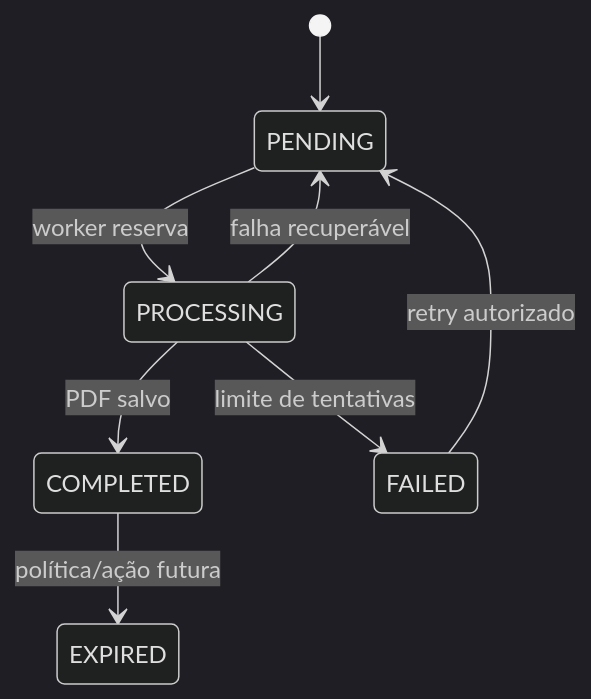
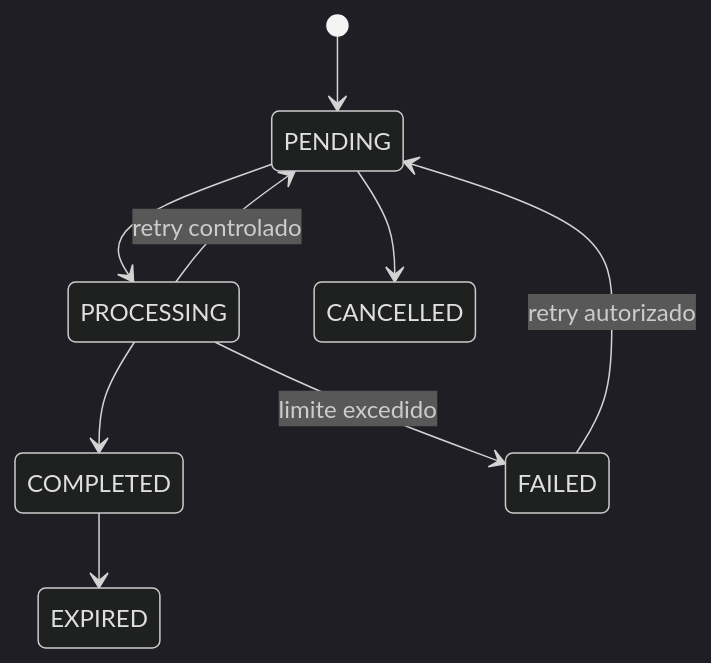
The second of 2 diagrams in docs/02-arquitetura/filas-e-processamento-assincrono.md (FlavioProgramador/EloTerapeutico), drawn with Mermaid (dark theme) before and after one commit. The commit also changed other lines of this file, not shown here.

````diff
--- a/docs/02-arquitetura/filas-e-processamento-assincrono.md
+++ b/docs/02-arquitetura/filas-e-processamento-assincrono.md
@@ -17,10 +46,11 @@
 ```mermaid
 stateDiagram-v2
     [*] --> PENDING
-    PENDING --> PROCESSING: worker reserva
-    PROCESSING --> COMPLETED: PDF salvo
-    PROCESSING --> PENDING: falha recuperável
-    PROCESSING --> FAILED: limite de tentativas
-    COMPLETED --> EXPIRED: política/ação futura
+    PENDING --> PROCESSING
+    PROCESSING --> COMPLETED
+    PROCESSING --> PENDING: retry controlado
+    PROCESSING --> FAILED: limite excedido
+    COMPLETED --> EXPIRED
     FAILED --> PENDING: retry autorizado
+    PENDING --> CANCELLED
 ```
````
